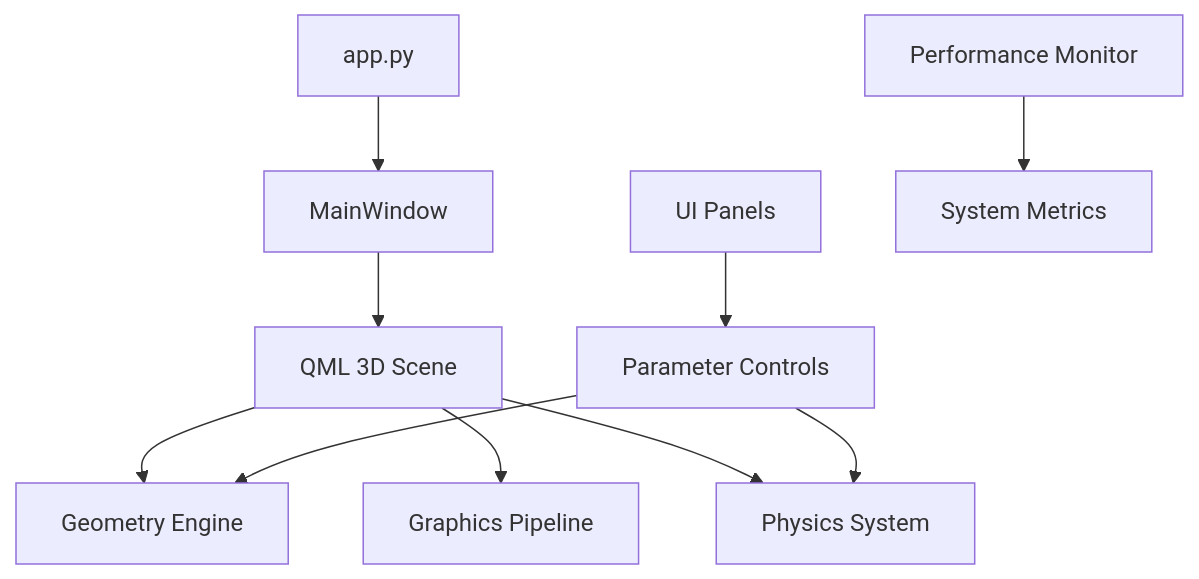
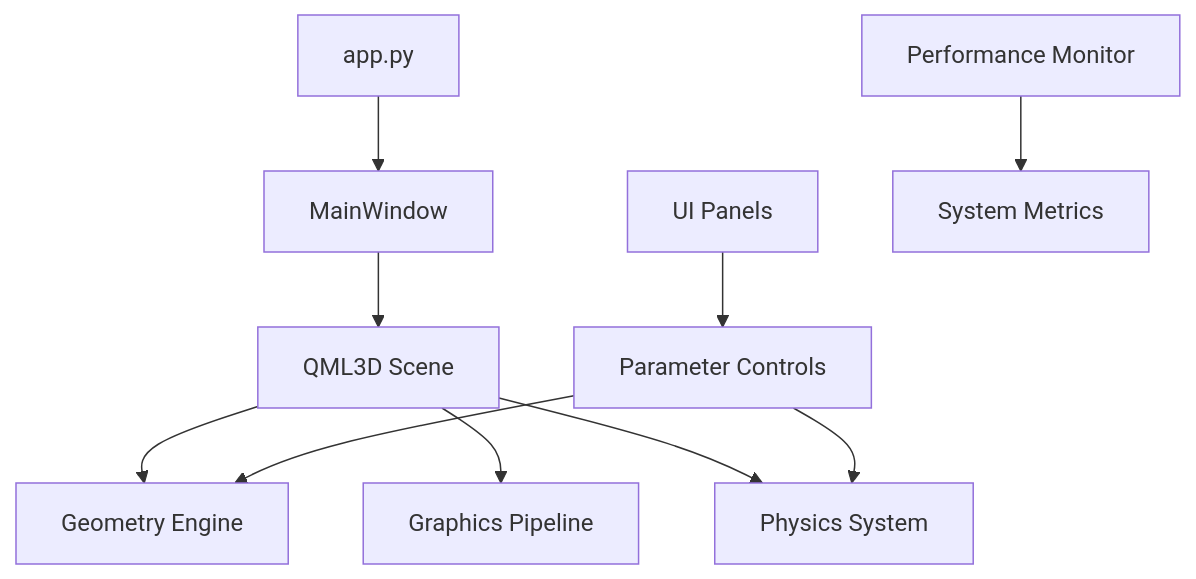
The diagram in README.md (barmaleii77-hub/PneumoStabSim-Professional), drawn with Mermaid before and after one commit. The commit also changed other lines of this file and 12 other files, not shown here.

````diff
--- a/README.md
+++ b/README.md
@@ -122,14 +122,14 @@
 ```mermaid
 graph TD
-    A[app.py] --> B[MainWindow]
-    B --> C[QML 3D Scene]
-    C --> D[Geometry Engine]
-    C --> E[Graphics Pipeline]
-    C --> F[Physics System]
+ A[app.py] --> B[MainWindow]
+ B --> C[QML3D Scene]
+ C --> D[Geometry Engine]
+ C --> E[Graphics Pipeline]
+ C --> F[Physics System]
 
-    G[UI Panels] --> H[Parameter Controls]
-    H --> D
-    H --> F
+ G[UI Panels] --> H[Parameter Controls]
+ H --> D
+ H --> F
 
-    I[Performance Monitor] --> J[System Metrics]
+ I[Performance Monitor] --> J[System Metrics]
 ```
````
